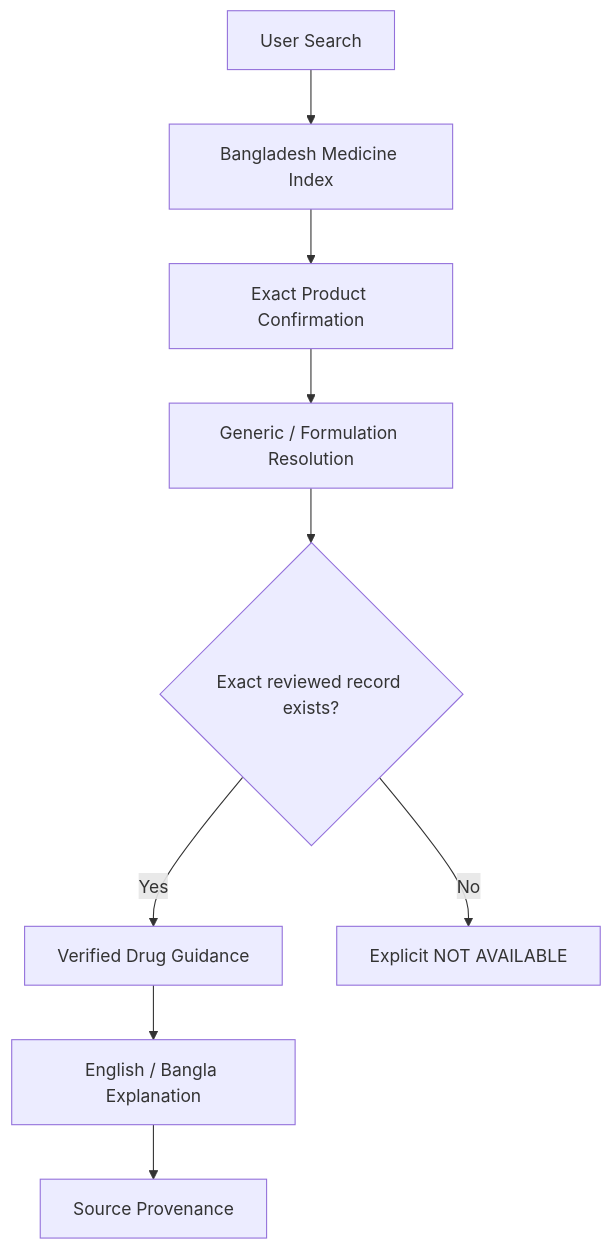
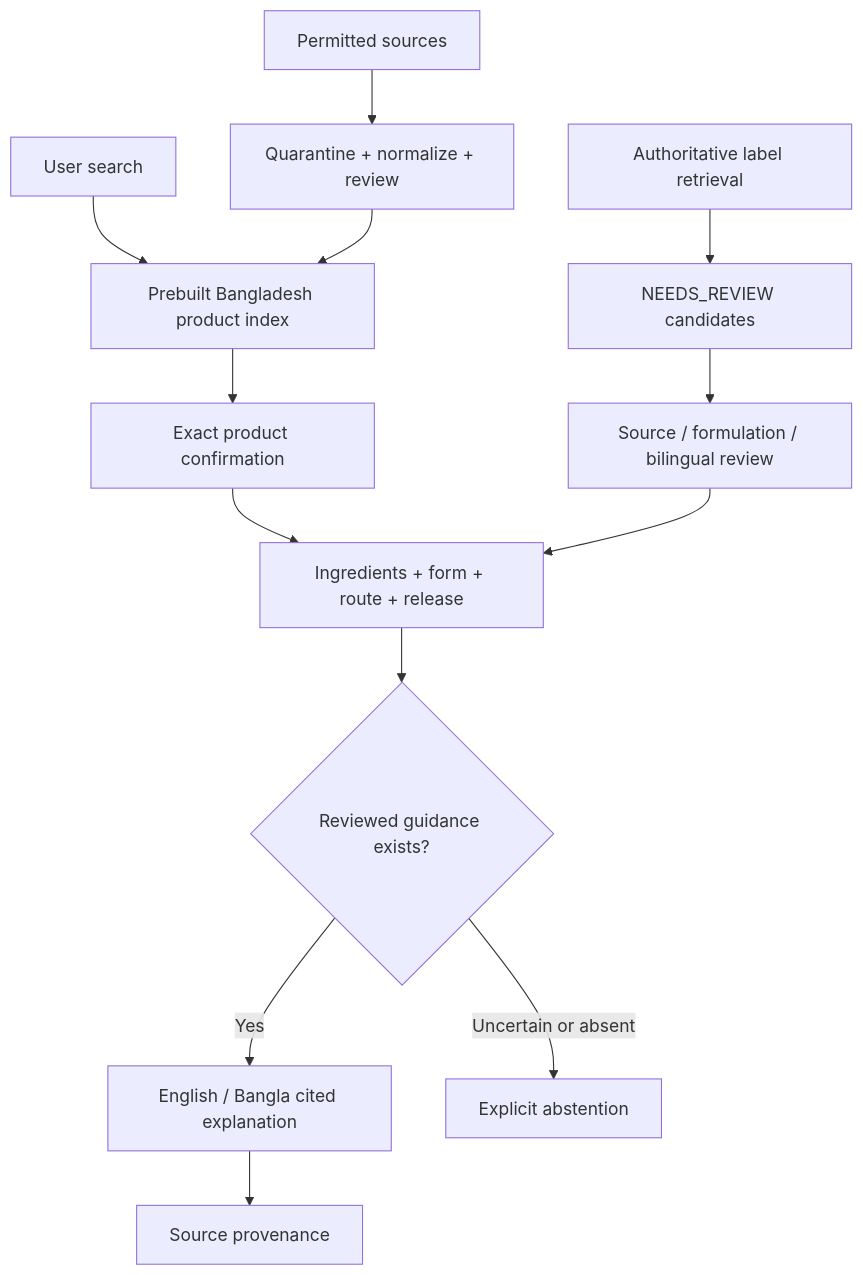
Before and after one commit to shihabbk18/mediguide-bd: the diagram in README.md, drawn with Mermaid. The commit also changed other lines of this file and 44 other files, not shown here.

Commit message:
Upgrade product pipeline, formulation guidance and scalable search

````diff
--- a/README.md
+++ b/README.md
@@ -39,11 +29,15 @@
 ```mermaid
 flowchart TD
-    A[User Search] --> B[Bangladesh Medicine Index]
-    B --> C[Exact Product Confirmation]
-    C --> D[Generic / Formulation Resolution]
-    D --> E{Exact reviewed record exists?}
-    E -->|Yes| F[Verified Drug Guidance]
-    E -->|No| G[Explicit NOT AVAILABLE]
-    F --> H[English / Bangla Explanation]
-    H --> I[Source Provenance]
+  A[User search] --> B[Prebuilt Bangladesh product index]
+  B --> C[Exact product confirmation]
+  C --> D[Ingredients + form + route + release]
+  D --> E{Reviewed guidance exists?}
+  E -->|Yes| F[English / Bangla cited explanation]
+  E -->|Uncertain or absent| G[Explicit abstention]
+  F --> H[Source provenance]
+  I[Permitted sources] --> J[Quarantine + normalize + review]
+  J --> B
+  K[Authoritative label retrieval] --> L[NEEDS_REVIEW candidates]
+  L --> M[Source / formulation / bilingual review]
+  M --> D
 ```
````
